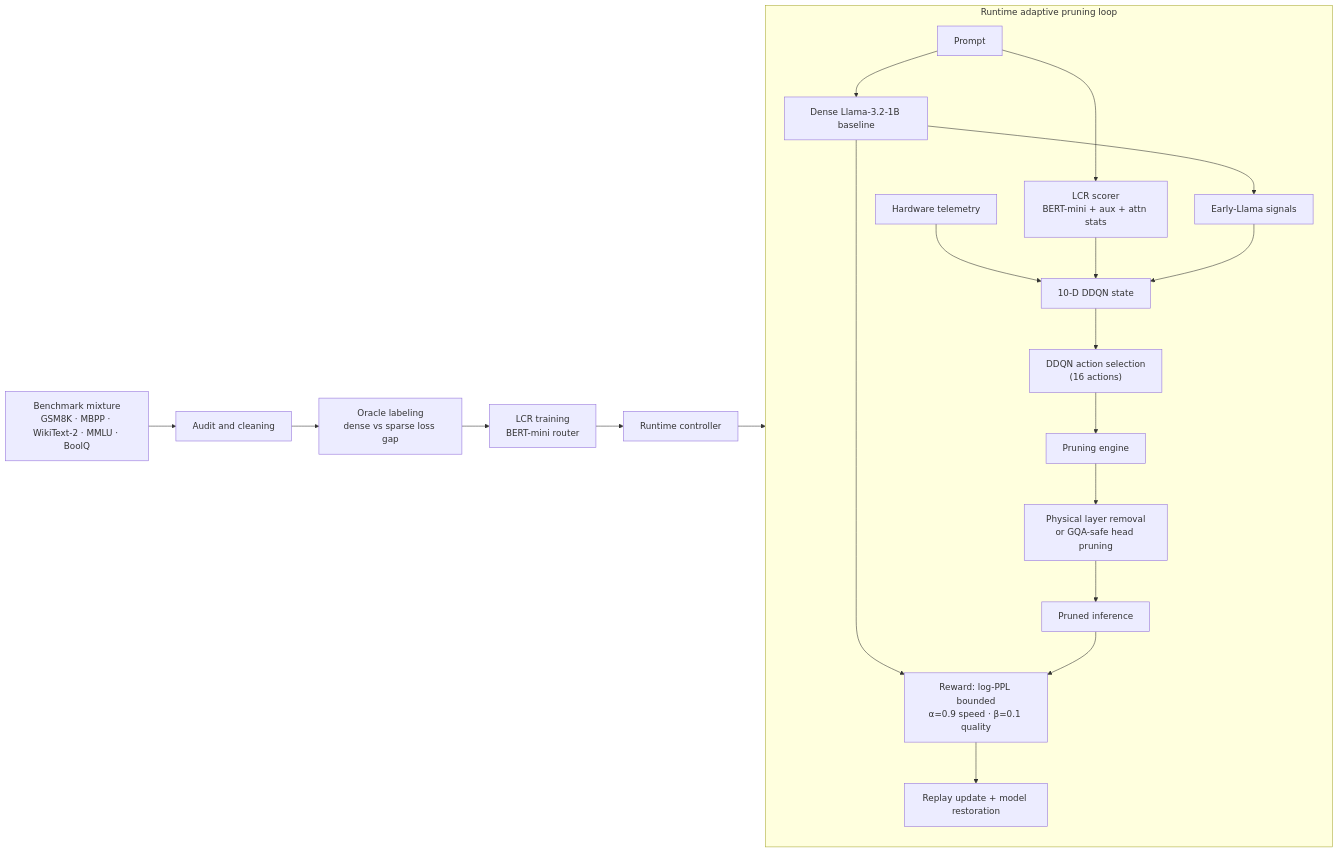
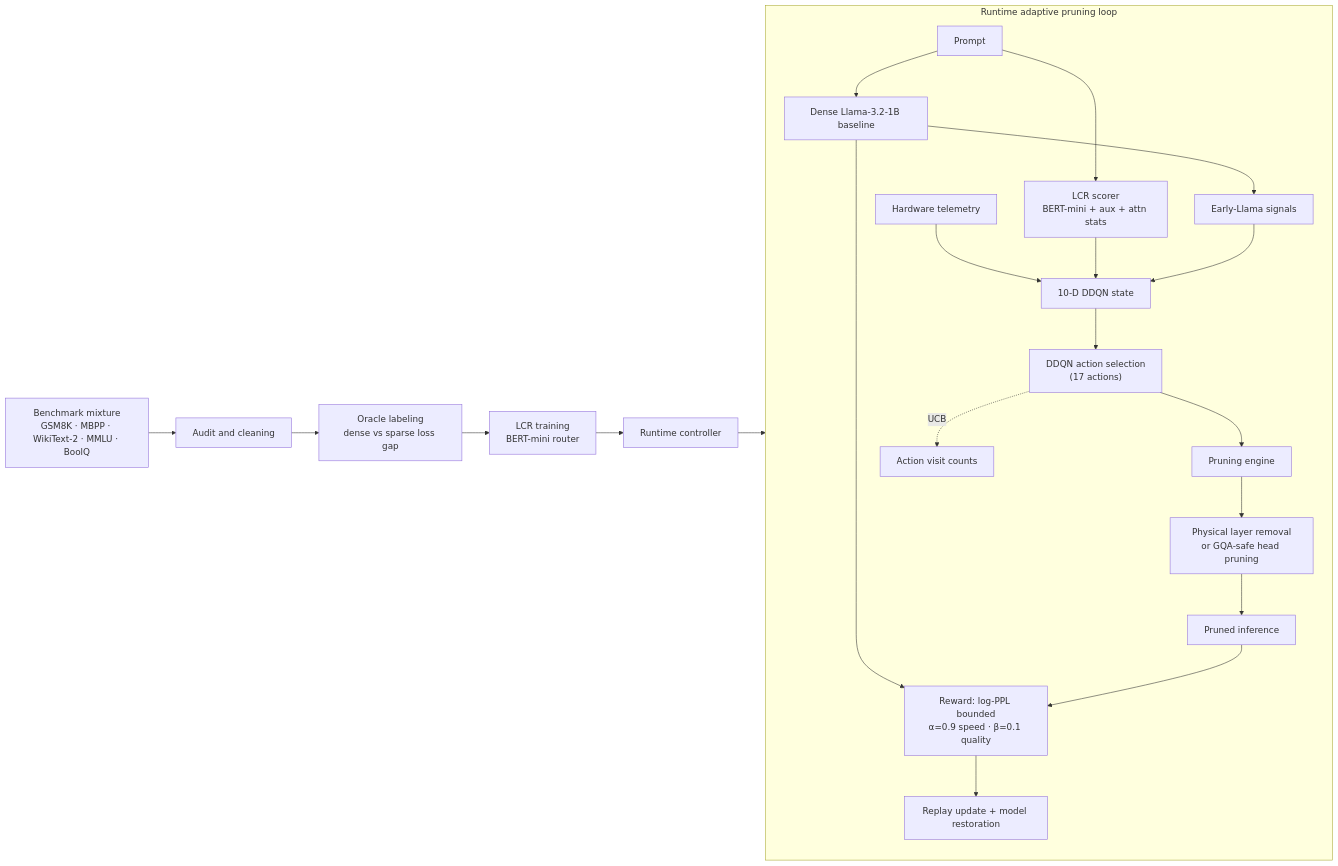
The first of 7 diagrams in README.md (asief-iqbal/Thesis), drawn with Mermaid before and after one commit. The commit also changed other lines of this file and 1 other file, not shown here.

First line of the commit message:
Improve RL exploration, expand action space, fix optimization bugs

````diff
--- a/README.md
+++ b/README.md
@@ -71,25 +71,26 @@
 ```mermaid
 flowchart LR
     A[Benchmark mixture<br/>GSM8K · MBPP · WikiText-2 · MMLU · BoolQ] --> B[Audit and cleaning]
     B --> C[Oracle labeling<br/>dense vs sparse loss gap]
     C --> D[LCR training<br/>BERT-mini router]
     D --> E[Runtime controller]
 
     subgraph Runtime ["Runtime adaptive pruning loop"]
         F[Prompt] --> G[Dense Llama-3.2-1B baseline]
         F --> H[LCR scorer<br/>BERT-mini + aux + attn stats]
         G --> I[Early-Llama signals]
         J[Hardware telemetry] --> K["10-D DDQN state"]
         H --> K
         I --> K
-        K --> L["DDQN action selection<br/>(16 actions)"]
+        K --> L["DDQN action selection<br/>(17 actions)"]
         L --> M[Pruning engine]
         M --> N["Physical layer removal<br/>or GQA-safe head pruning"]
         N --> O[Pruned inference]
         G --> P["Reward: log-PPL bounded<br/>α=0.9 speed · β=0.1 quality"]
         O --> P
         P --> Q[Replay update + model restoration]
+        L -.->|UCB| R[Action visit counts]
     end
 
     E --> Runtime
 ```
````
